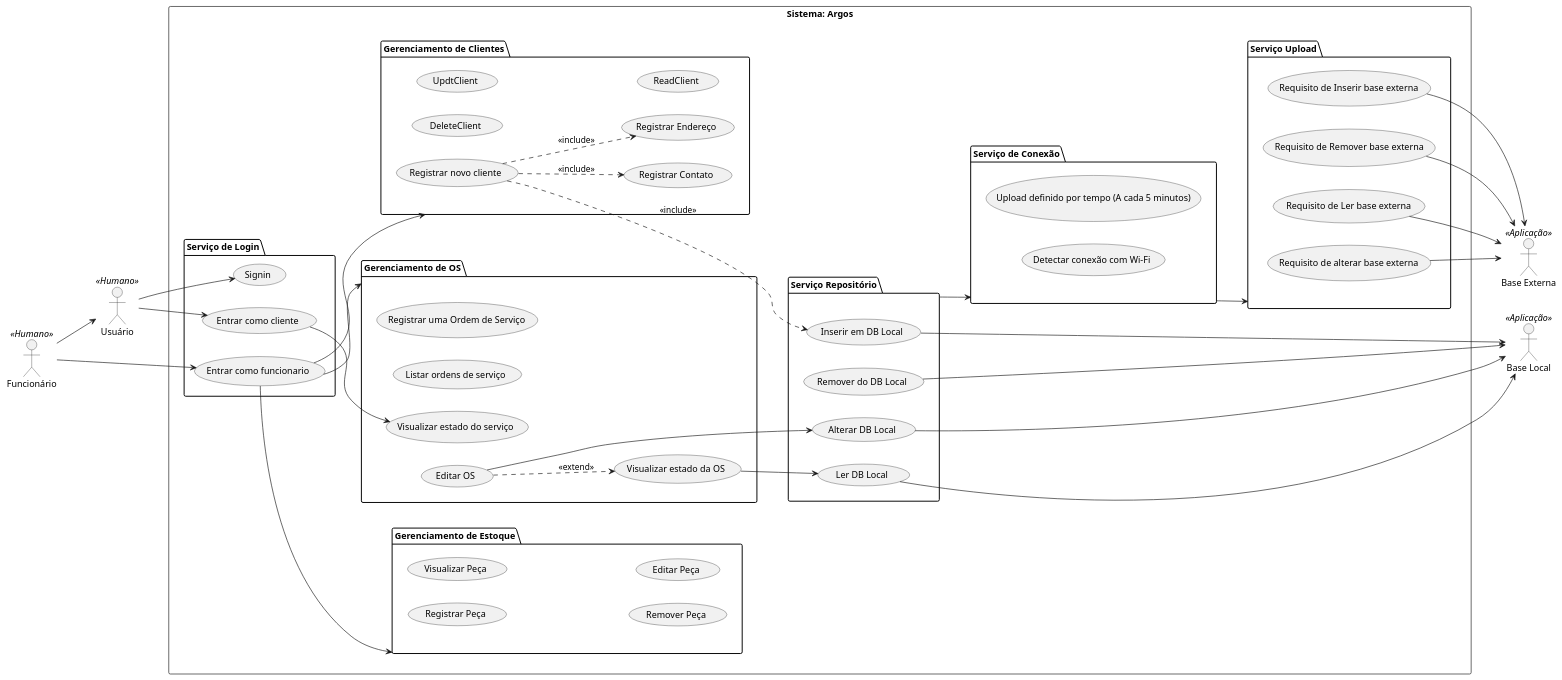
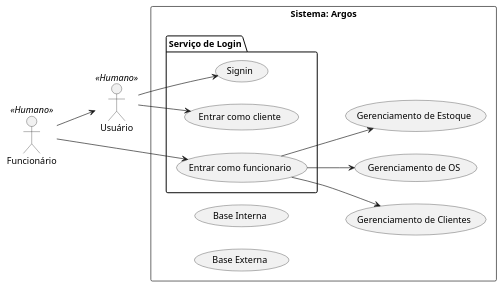
Before and after one commit to CS-PI-2026-Argonautas/docs: the diagram in diagramas/use-case-diagram.puml, drawn with PlantUML. The commit also changed 4 other files, not shown here.

Commit message:
Added 3 more diagrams

```diff
--- a/diagramas/use-case-diagram.puml
+++ b/diagramas/use-case-diagram.puml
@@ -1,105 +1,44 @@
 @startuml usecase
 left to right direction
 
 ' 1. DECLARAÇÃO DOS ATORES (Garante a ordem dos blocos no espaço global)
 actor :Funcionário: as func <<Humano>> 
 actor :Usuário: as user <<Humano>> 
 
-together{
-  actor :Base Local: as sqlite <<Aplicação>> 
-  actor :Base Externa: as springapp <<Aplicação>>
-}
 ' 2. ESTRUTURA DO SISTEMA
 rectangle "Sistema: Argos" as Argos {
   
   package "Serviço de Login"{
     (Login) as "Entrar como cliente"
     (LoginAdmin) as "Entrar como funcionario"
     (Signin)
   }
 
-  package "Gerenciamento de Estoque" {
-    (NewPart) as "Registrar Peça"
-    (ReadPart) as "Visualizar Peça"
-    (DeletePart) as "Remover Peça"
-    (UpdtPart) as "Editar Peça"
 
-  }
-
+  (ClientCRUD) as "Gerenciamento de Clientes"
+  (OSCRUD) as "Gerenciamento de OS"
+  (PartCRUD) as "Gerenciamento de Estoque"
+  (LocalDB) as "Base Interna"
+  (ExternalDB) as "Base Externa"
  
-
-  package "Gerenciamento de Clientes" {
-
-    (nendereco) as "Registrar Endereço"
-    (ncontato) as "Registrar Contato"
-    (NewClient) as "Registrar novo cliente"
-    (DeleteClient)
-    (UpdtClient)
-    (ReadClient)
-  }
-
-  package "Gerenciamento de OS" {
-    (NewOS) as "Registrar uma Ordem de Serviço"
-    (ListOS) as "Listar ordens de serviço"
-    (ServStatus) as "Visualizar estado do serviço"
-    (ReadOS) as "Visualizar estado da OS"
-    (UpdtOS) as "Editar OS"
-  }
-
-  package "Serviço de Conexão" {
-    (Timer) as "Upload definido por tempo (A cada 5 minutos)"
-    (CheckWifi) as "Detectar conexão com Wi-Fi"
-  }
-
-  package "Serviço Repositório" {
-    (CreateLocal) as "Inserir em DB Local"
-    (DeleteLocal) as "Remover do DB Local"
-    (ReadLocal) as "Ler DB Local"
-    (UpdtLocal) as "Alterar DB Local"
-  }
-
-
-  package "Serviço Upload"{
-    
-    (CreateEx) as "Requisito de Inserir base externa"
-    (DeleteEx) as "Requisito de Remover base externa"
-    (ReadEx) as " Requisito de Ler base externa"
-    (UpdtEx) as "Requisito de alterar base externa"
-  }
 }
 
 ' 3. LIGAÇÕES ESQUERDA -> CENTRO (Atores Humanos conectando nos Casos de Uso)
 user --> Login
 user --> Signin
 func --> user
 func --> LoginAdmin
-LoginAdmin --> "Gerenciamento de Clientes"
-LoginAdmin --> "Gerenciamento de OS"
-LoginAdmin --> "Gerenciamento de Estoque"
+LoginAdmin --> ClientCRUD
+LoginAdmin --> OSCRUD
+LoginAdmin --> PartCRUD
 
-Login --> ServStatus
+
 
 ' 4. RELACIONAMENTOS INTERNOS
-NewClient ..> CreateLocal : <<include>>
-NewClient ..> nendereco : <<include>>
-NewClient ..> ncontato : <<include>>
-UpdtOS ..> ReadOS : <<extend>>
-UpdtOS --> UpdtLocal
-ReadOS --> ReadLocal
 
 
 ' 5. LIGAÇÕES CENTRO -> DIREITA (Casos de Uso conectando nos Bancos de Dados)
 ' A seta obrigatoriamente aponta para a direita (-->) partindo do caso de uso para o actor
-"Serviço Repositório" --> "Serviço de Conexão"
-"Serviço de Conexão" --> "Serviço Upload"
-CreateLocal --> sqlite
-DeleteLocal --> sqlite
-ReadLocal --> sqlite
-UpdtLocal --> sqlite
 
-CreateEx --> springapp
-DeleteEx --> springapp
-ReadEx --> springapp
-UpdtEx --> springapp
 
 @enduml
```
